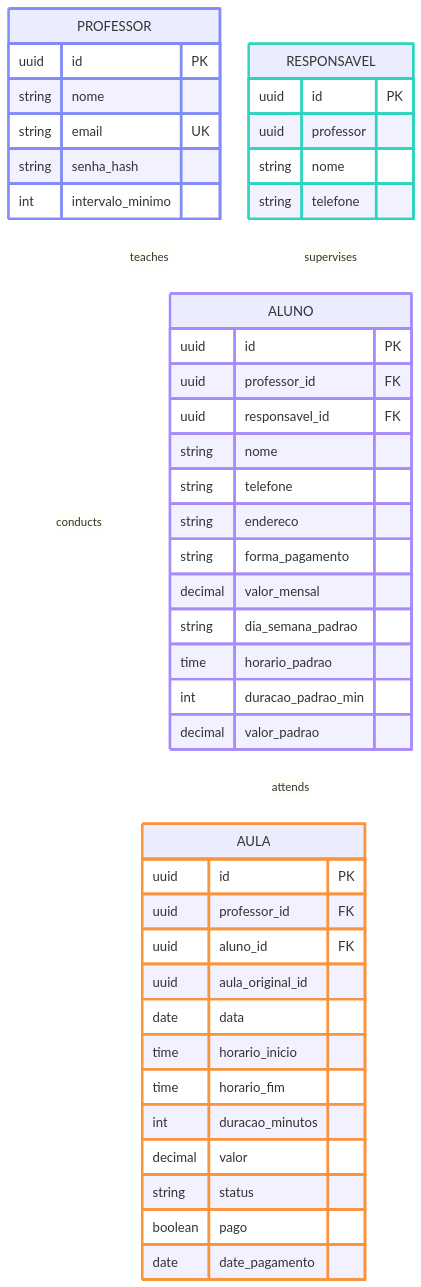
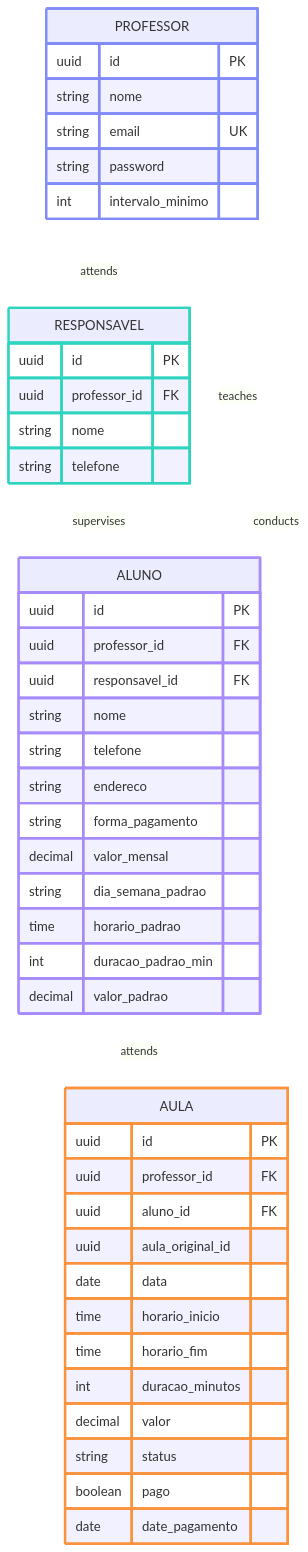
The second of 2 diagrams in README.md (VanderRibeiro/agenda), drawn with Mermaid before and after one commit.

````diff
--- a/README.md
+++ b/README.md
@@ -97,68 +97,69 @@
 ```mermaid
 ---
 config:
   layout: elk
   themeVariables:
     lineColor: '#ffffff'
 ---
 erDiagram
     PROFESSOR ||--o{ ALUNO : teaches
     PROFESSOR ||--o{ AULA : conducts
     RESPONSAVEL ||--o{ ALUNO : supervises
+    PROFESSOR ||--o{ RESPONSAVEL : attends
     ALUNO ||--o{ AULA : attends
 
     PROFESSOR {
         uuid id PK
         string nome
         string email UK
-        string senha_hash
+        string password
         int intervalo_minimo
     }
 
     RESPONSAVEL {
         uuid id PK
-        uuid professor
+        uuid professor_id FK
         string nome
         string telefone
     }
 
     ALUNO {
         uuid id PK
         uuid professor_id FK
         uuid responsavel_id FK
         string nome
         string telefone
         string endereco
         string forma_pagamento
         decimal valor_mensal
         string dia_semana_padrao
         time horario_padrao
         int duracao_padrao_min
         decimal valor_padrao
     }
 
     AULA {
         uuid id PK
         uuid professor_id FK
         uuid aluno_id FK
         uuid aula_original_id
         date data
         time horario_inicio
         time horario_fim
         int duracao_minutos
         decimal valor
         string status
         boolean pago
         date date_pagamento
     }
 
     classDef professor stroke:#818cf8,stroke-width:3px
     classDef responsavel stroke:#2dd4bf,stroke-width:3px
     classDef aluno stroke:#a78bfa,stroke-width:3px
     classDef aula stroke:#fb923c,stroke-width:3px
 
     PROFESSOR:::professor
     RESPONSAVEL:::responsavel
     ALUNO:::aluno
     AULA:::aula
 ```
````
